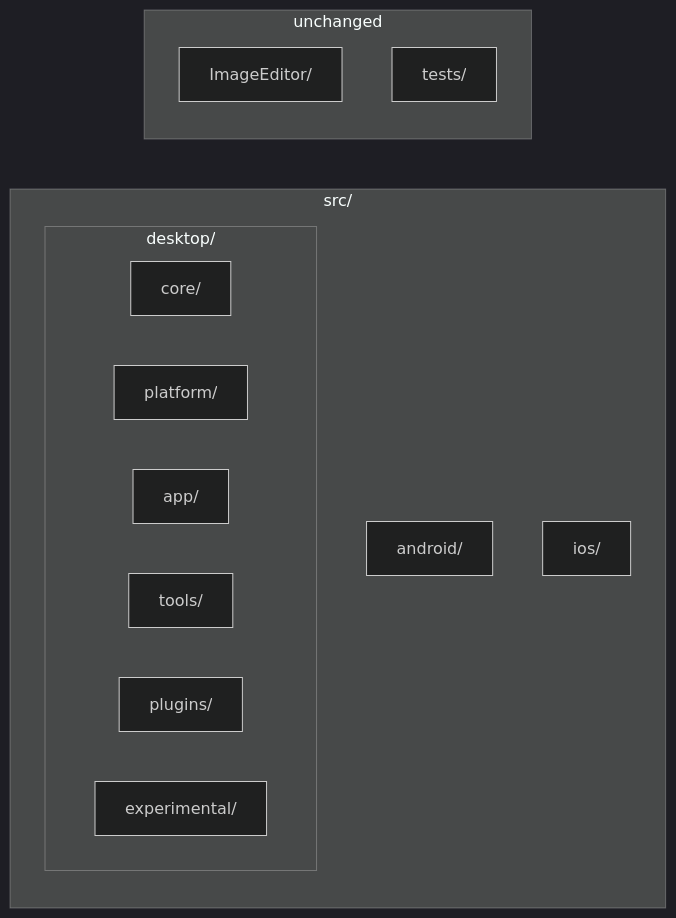
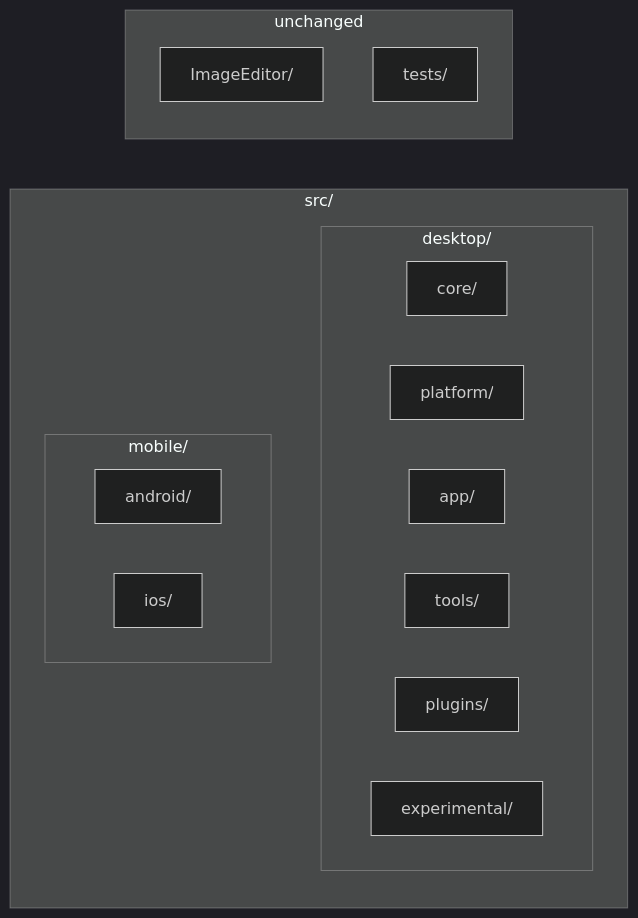
Before and after one commit to KovaForge/XerahS: the diagram in tasks/XIP0036_src_restructure.md, drawn with Mermaid (dark theme). The commit also changed other lines of this file, not shown here.

Commit message:
[XIP0036] Reorg plan: src/desktop (core, platform, app, tools, plugins, experimental), src/mobile (android, ios)

````diff
--- a/tasks/XIP0036_src_restructure.md
+++ b/tasks/XIP0036_src_restructure.md
@@ -27,19 +27,21 @@
 ```mermaid
 flowchart LR
   subgraph src [src/]
     subgraph desktop [desktop/]
       core[core/]
       platform[platform/]
       app[app/]
       tools[tools/]
       plugins[plugins/]
       experimental[experimental/]
     end
-    android[android/]
-    ios[ios/]
+    subgraph mobile [mobile/]
+      android[android/]
+      ios[ios/]
+    end
   end
   subgraph root [unchanged]
     IE[ImageEditor/]
     tests[tests/]
   end
 ```
````
